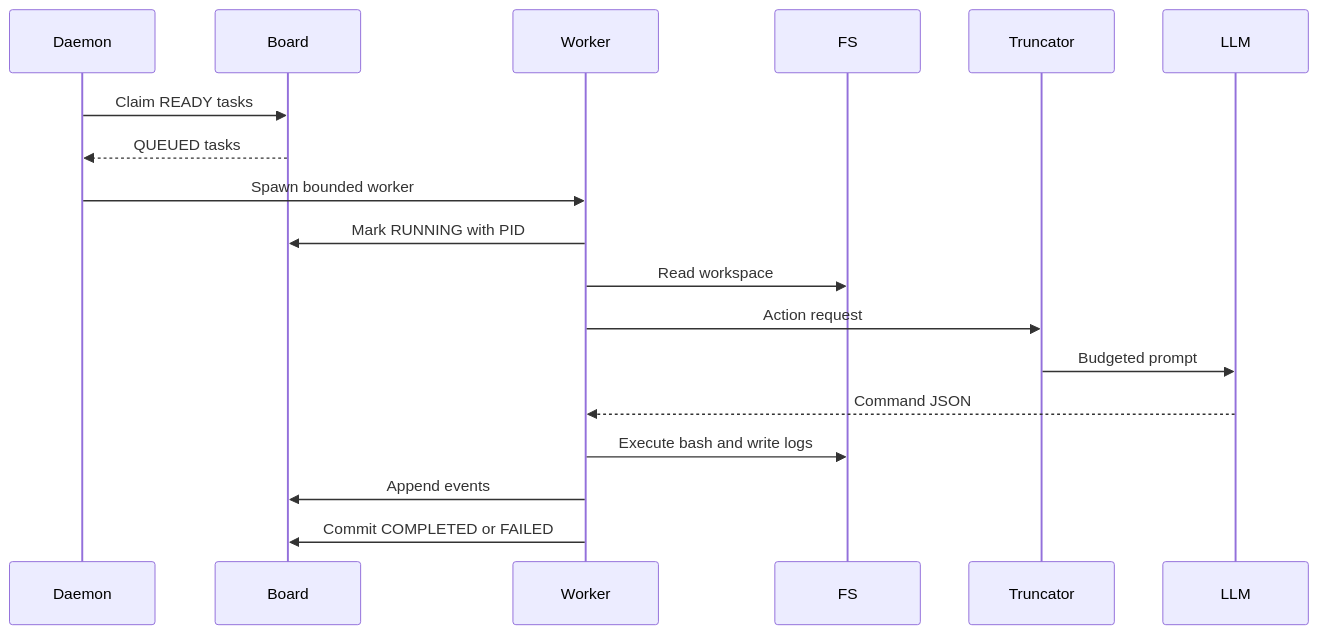
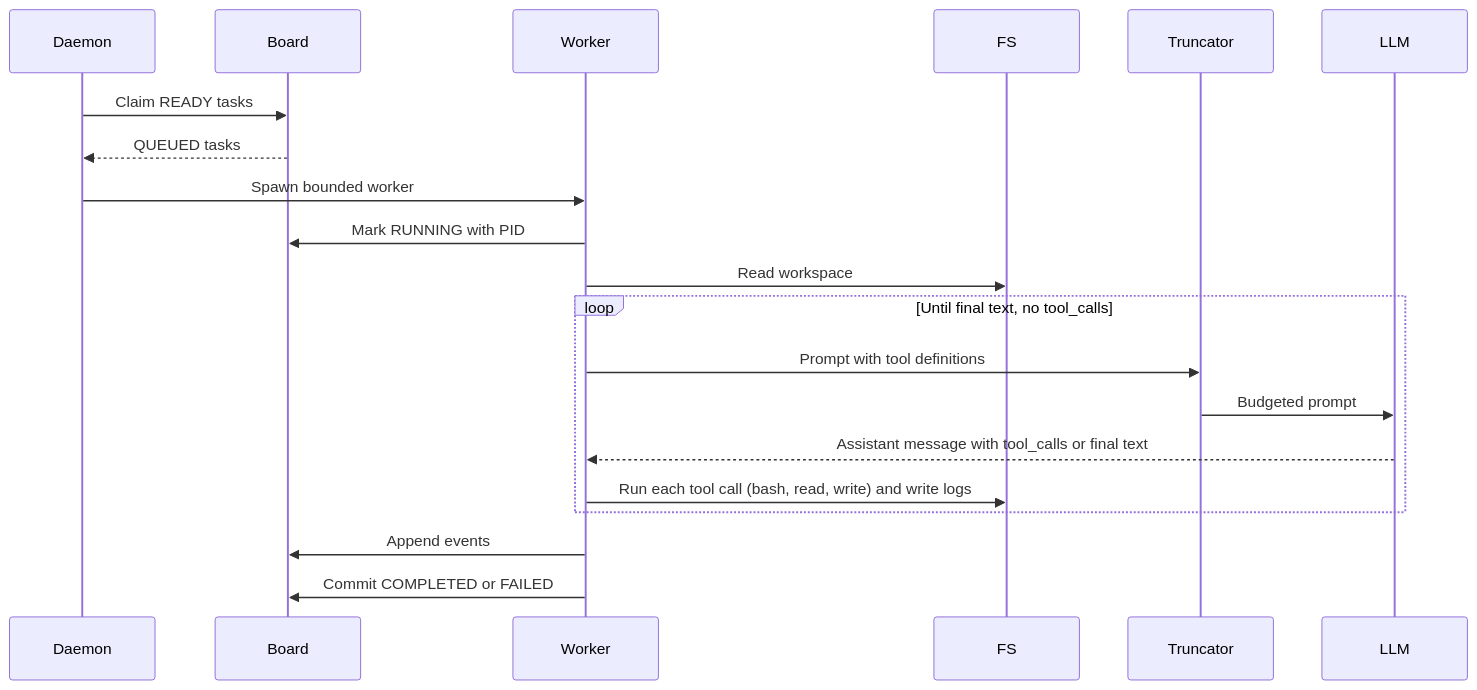
Before and after one commit to Israel-Laguan/agentd: the third of 5 diagrams in docs/architecture.md, drawn with Mermaid. The commit also changed other lines of this file and 8 other files, not shown here.

````diff
--- a/docs/architecture.md
+++ b/docs/architecture.md
@@ -181,21 +181,23 @@
 ```mermaid
 sequenceDiagram
     participant Daemon
     participant Board
     participant Worker
     participant FS
     participant Truncator
     participant LLM
 
     Daemon->>Board: Claim READY tasks
     Board-->>Daemon: QUEUED tasks
     Daemon->>Worker: Spawn bounded worker
     Worker->>Board: Mark RUNNING with PID
     Worker->>FS: Read workspace
-    Worker->>Truncator: Action request
-    Truncator->>LLM: Budgeted prompt
-    LLM-->>Worker: Command JSON
-    Worker->>FS: Execute bash and write logs
+    loop Until final text, no tool_calls
+        Worker->>Truncator: Prompt with tool definitions
+        Truncator->>LLM: Budgeted prompt
+        LLM-->>Worker: Assistant message with tool_calls or final text
+        Worker->>FS: Run each tool call (bash, read, write) and write logs
+    end
     Worker->>Board: Append events
     Worker->>Board: Commit COMPLETED or FAILED
 ```
````
